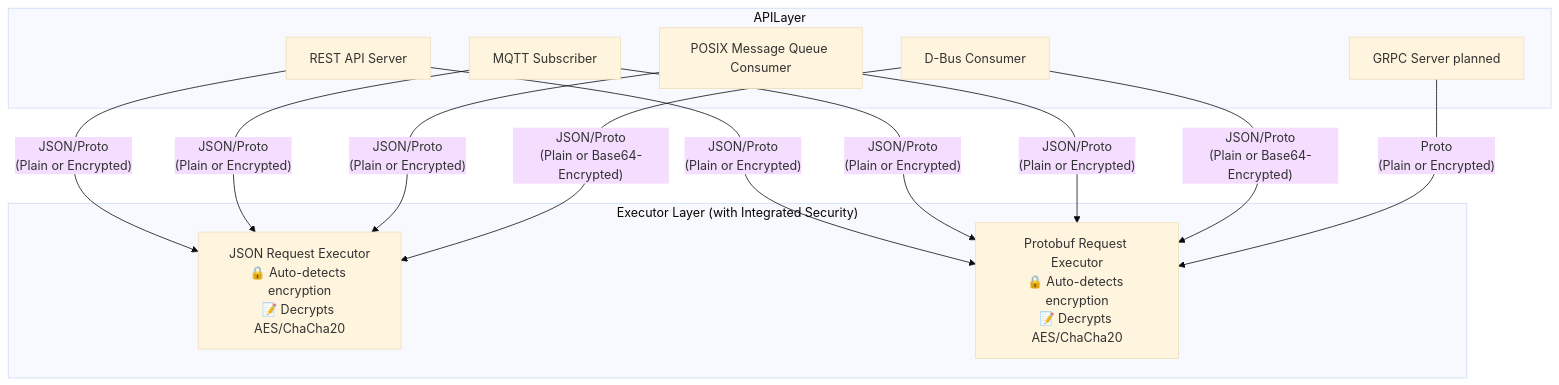
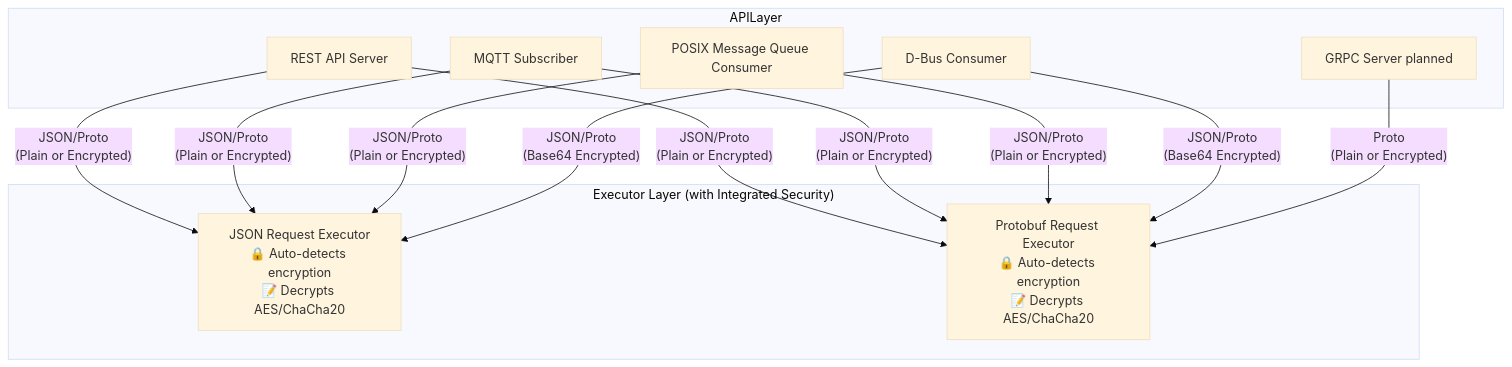
The second of 6 diagrams in docs/architecture/architecture_diagram.md (Komal-kalyanraman/container_manager), drawn with Mermaid (base theme) before and after one commit. The commit also changed other lines of this file and 20 other files, not shown here.

````diff
--- a/docs/architecture/architecture_diagram.md
+++ b/docs/architecture/architecture_diagram.md
@@ -90,25 +90,25 @@
 ```mermaid
 flowchart TD
 subgraph APILayer
 REST[REST API Server]
 MQTT[MQTT Subscriber]
 MQ[POSIX Message Queue Consumer]
 DBUS[D-Bus Consumer]
 GRPC[GRPC Server planned]
 end
 
 subgraph ExecutorLayer["Executor Layer (with Integrated Security)"]
 JSON[JSON Request Executor<br/>🔒 Auto-detects encryption<br/>📝 Decrypts AES/ChaCha20]
 PROTO[Protobuf Request Executor<br/>🔒 Auto-detects encryption<br/>📝 Decrypts AES/ChaCha20]
 end
 
 REST -- "JSON/Proto<br/>(Plain or Encrypted)" --> JSON
 REST -- "JSON/Proto<br/>(Plain or Encrypted)" --> PROTO
 MQTT -- "JSON/Proto<br/>(Plain or Encrypted)" --> JSON
 MQTT -- "JSON/Proto<br/>(Plain or Encrypted)" --> PROTO
 MQ -- "JSON/Proto<br/>(Plain or Encrypted)" --> JSON
 MQ -- "JSON/Proto<br/>(Plain or Encrypted)" --> PROTO
-DBUS -- "JSON/Proto<br/>(Plain or Base64-Encrypted)" --> JSON
-DBUS -- "JSON/Proto<br/>(Plain or Base64-Encrypted)" --> PROTO
+DBUS -- "JSON/Proto<br/>(Base64 Encrypted)" --> JSON
+DBUS -- "JSON/Proto<br/>(Base64 Encrypted)" --> PROTO
 GRPC -- "Proto<br/>(Plain or Encrypted)" --> PROTO
 ```
````
